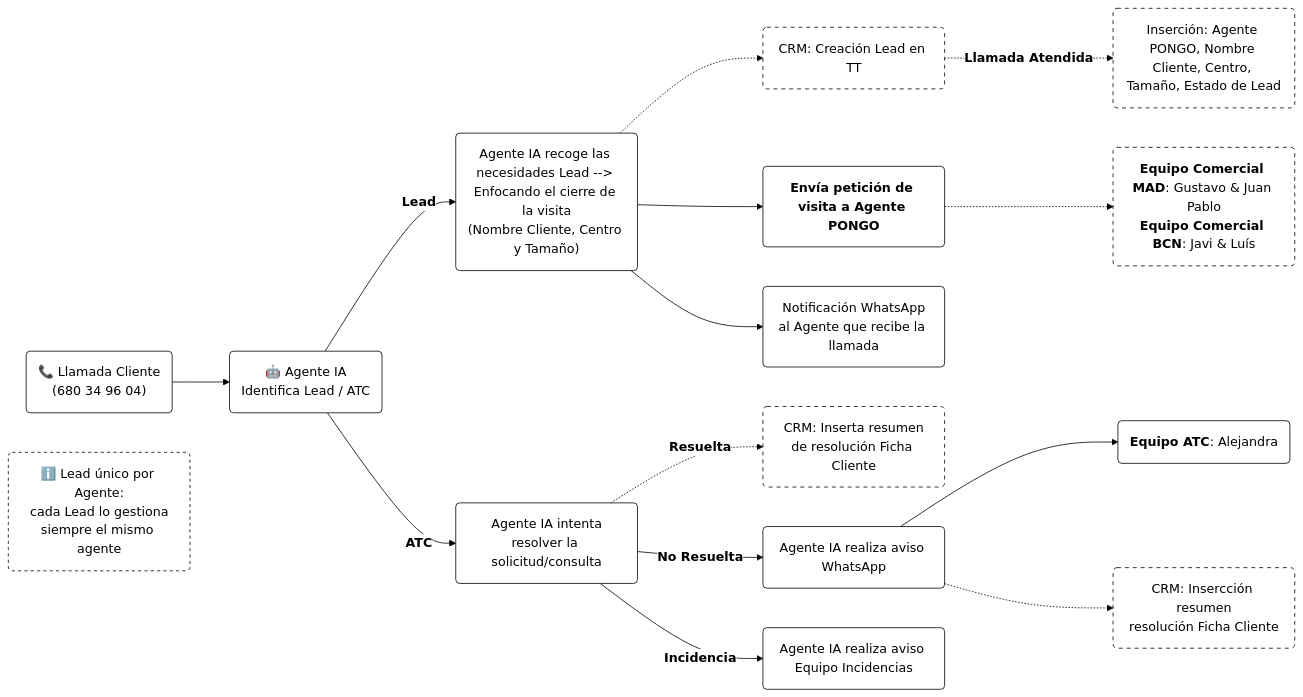
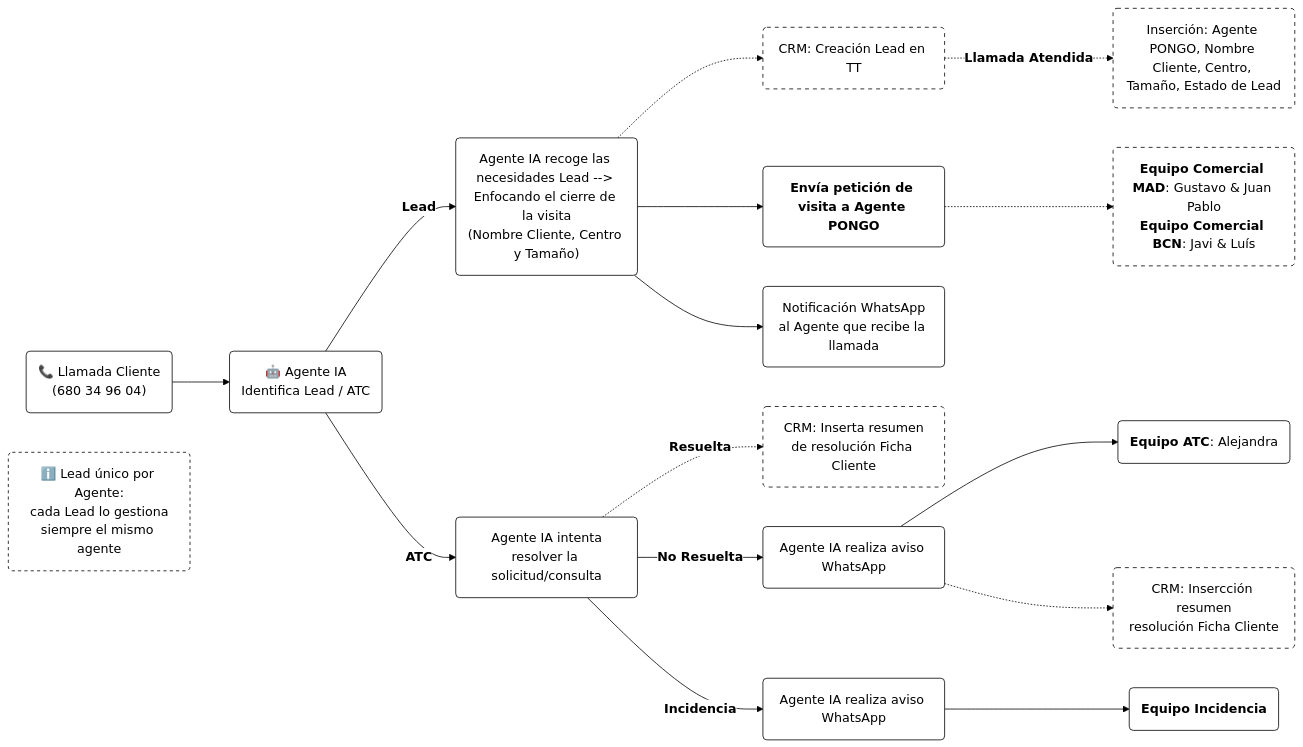
The diagram in flujo_en_horario (1).md (Fblanchete/Agente-IA), drawn with Mermaid before and after one commit.

Commit message:
Update flujo_en_horario (1).md

````diff
--- a/flujo_en_horario (1).md
+++ b/flujo_en_horario (1).md
@@ -3,34 +3,35 @@
 ```mermaid
 %%{init: {'theme': 'base', 'themeVariables': { 'fontFamily': 'Arial', 'background': '#FFFFFF', 'primaryColor': '#FFFFFF', 'primaryBorderColor': '#000000', 'primaryTextColor': '#000000', 'lineColor': '#000000', 'secondaryColor': '#FFFFFF', 'tertiaryColor': '#FFFFFF'}}}%%
 flowchart LR
     A1("📞 Llamada Cliente<br/>(680 34 96 04)") --> A2("🤖 Agente IA<br/>Identifica Lead / ATC")
 
     A2 -->|"`**Lead**`"| L2("Agente IA recoge las necesidades Lead --> Enfocando el cierre de la visita<br/>(Nombre Cliente, Centro y Tamaño)")
     L2 -.-> CRM1("CRM: Creación Lead en TT")
     L2 --> L4("`**Envía petición de visita a Agente PONGO**`")
     L2 --> L5("Notificación WhatsApp<br/>al Agente que recibe la llamada")
     L4 -.-> L6("`**Equipo Comercial MAD**: Gustavo & Juan Pablo<br/>**Equipo Comercial BCN**: Javi & Luís`")
     CRM1 -.-> |"`**Llamada Atendida**`"| LA("Inserción: Agente PONGO, Nombre Cliente, Centro, Tamaño, Estado de Lead")
 
     A2 -->|"`**ATC**`"| T1("Agente IA intenta<br/>resolver la solicitud/consulta")
     T1 -.->|"`**Resuelta**`"| CRM2("CRM: Inserta resumen<br/>de resolución Ficha Cliente")
     T1 -->|"`**No Resuelta**`"| T2("Agente IA realiza aviso WhatsApp")
-    T1 -->|"`**Incidencia**`"| T4("Agente IA realiza aviso Equipo Incidencias")
+    T1 -->|"`**Incidencia**`"| T4("Agente IA realiza aviso WhatsApp")
     T2 --> T3("`**Equipo ATC**: Alejandra`")
     T2 -.-> CRM3("CRM: Insercción resumen<br/>resolución Ficha Cliente")
+    T4 --> T5("`**Equipo Incidencia**`")
   
 
     N0("ℹ️ Lead único por Agente:<br/>cada Lead lo gestiona<br/>siempre el mismo agente")
 
 
     classDef todos fill:#FFFFFF,stroke:#000000,color:#000000
     classDef nota fill:#FFFFFF,stroke:#000000,color:#000000,stroke-dasharray: 4 4
     classDef comment fill:#FFFFFF,stroke:#FF2C2C,color:#000000,stroke-dasharray: 5 5
     classDef CRM fill:#FFFFFF,stroke:#000000,color:#000000,stroke-dasharray: 5 5
     class A1,A2,L2,L4,L5,T1,T2,T3,T4 todos
     class N0 nota
     class L3 comment
     class CRM1,LA,LNA,CRM3,CRM2,L6 CRM
    
 
 ```
````
